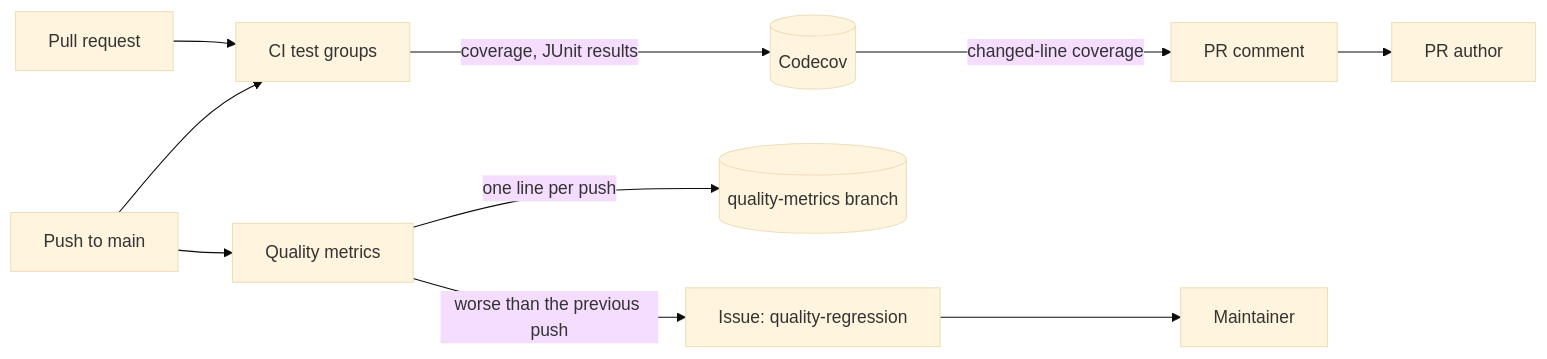
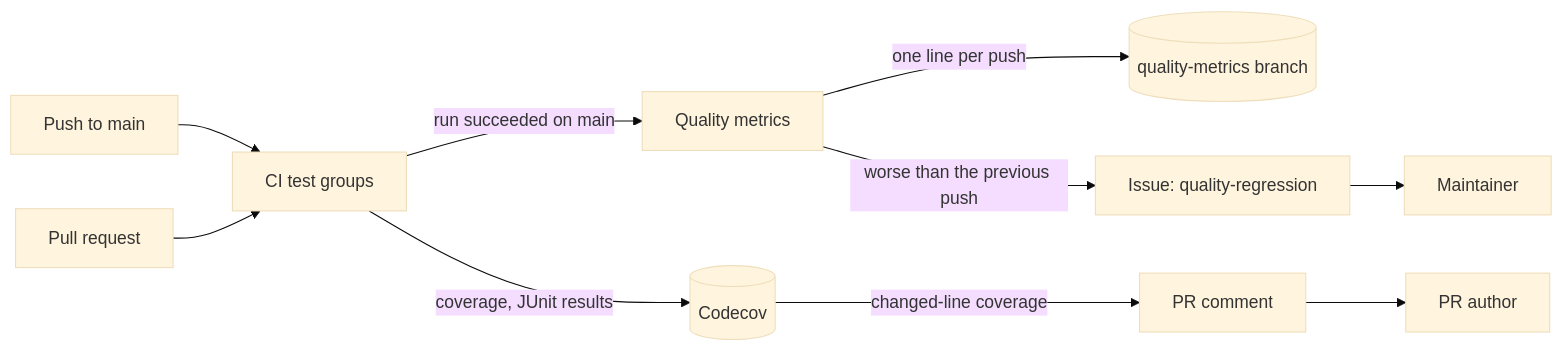
The diagram in docs/design-docs/test-quality-monitoring.md (syudead/vv), drawn with Mermaid (base theme) before and after one commit. The commit also changed other lines of this file and 3 other files, not shown here.

````diff
--- a/docs/design-docs/test-quality-monitoring.md
+++ b/docs/design-docs/test-quality-monitoring.md
@@ -11,12 +11,12 @@
 ```mermaid
 flowchart LR
   push[Push to main] --> ci[CI test groups]
-  push --> qm[Quality metrics]
+  ci -->|run succeeded on main| qm[Quality metrics]
   pr[Pull request] --> ci
   ci -->|coverage, JUnit results| codecov[(Codecov)]
   qm -->|one line per push| hist[(quality-metrics branch)]
   qm -->|worse than the previous push| issue[Issue: quality-regression]
   codecov -->|changed-line coverage| prc[PR comment]
   issue --> maint[Maintainer]
   prc --> author[PR author]
 ```
````
